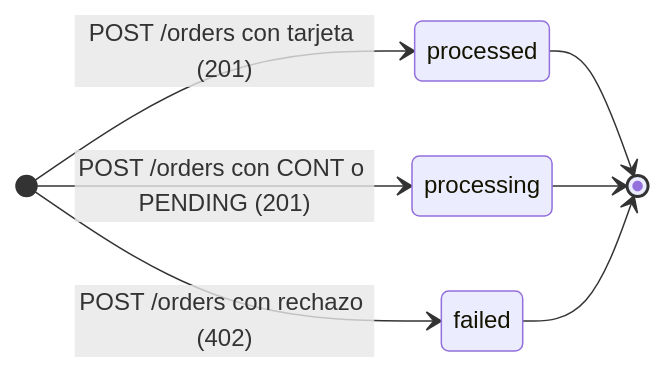
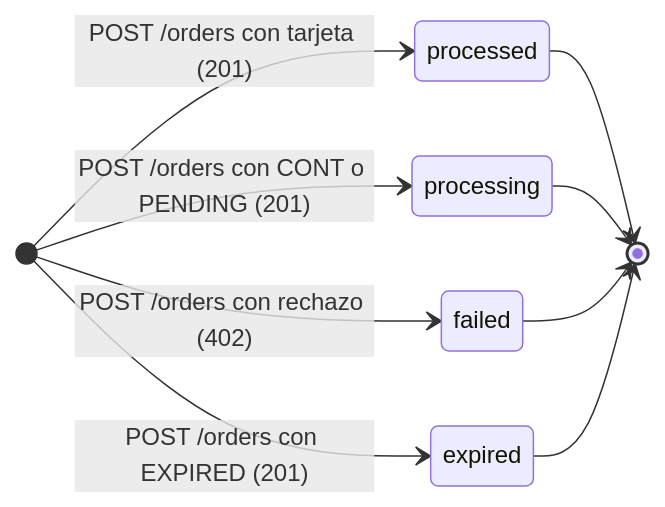
One commit to PurosBrothers/Kit-Pagos-Colombia---Tesis changed the sixth of 8 diagrams in docs/02-arquitectura/3-api-de-simulacion.md. Above: the diagram before and after it, drawn with Mermaid. The commit also changed other lines of this file and 4 other files, not shown here.

````diff
--- a/docs/02-arquitectura/3-api-de-simulacion.md
+++ b/docs/02-arquitectura/3-api-de-simulacion.md
@@ -439,10 +439,12 @@
 ```mermaid
 stateDiagram-v2
     direction LR
     [*] --> processed : POST /orders con tarjeta (201)
     [*] --> processing : POST /orders con CONT o PENDING (201)
     [*] --> failed : POST /orders con rechazo (402)
+    [*] --> expired : POST /orders con EXPIRED (201)
     processed --> [*]
     processing --> [*]
     failed --> [*]
+    expired --> [*]
 ```
````
